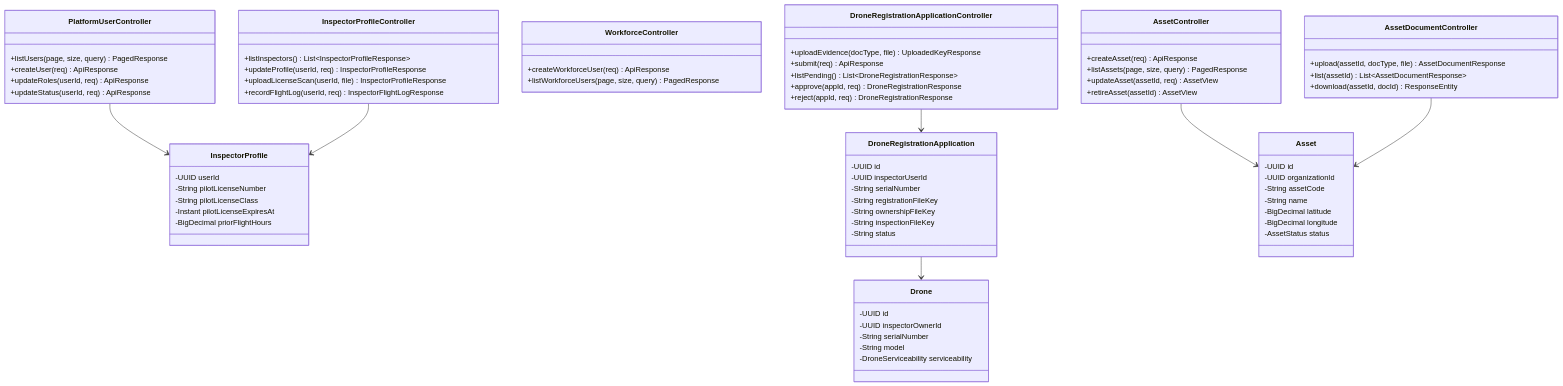
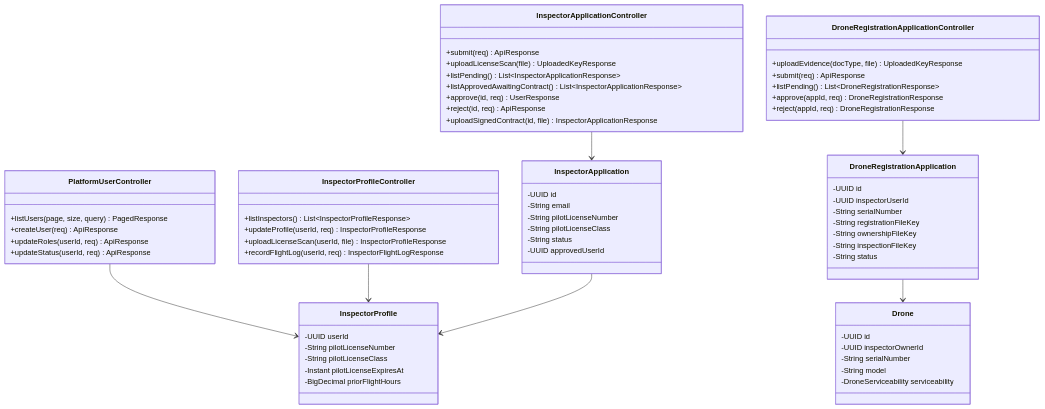
One commit to tungbach12/SmartDroneInspection-Docs changed the fourth of 21 diagrams in reports/report-4-software-design-document/03-detailed-design.md. Above: the diagram before and after it, drawn with Mermaid. The commit also changed other lines of this file and 375 other files, not shown here.

````diff
--- a/reports/report-4-software-design-document/03-detailed-design.md
+++ b/reports/report-4-software-design-document/03-detailed-design.md
@@ -186,76 +185,69 @@
 ```mermaid
-%% title: FE-02 Partner Qualification, Workforce, Assets and Drone Registration Class Diagram
+%% title: FE-02 Partner Inspector Admission and Owned Drone Registration Class Diagram
 classDiagram
   class PlatformUserController {
     +listUsers(page, size, query) PagedResponse
     +createUser(req) ApiResponse
     +updateRoles(userId, req) ApiResponse
     +updateStatus(userId, req) ApiResponse
   }
   class InspectorProfileController {
     +listInspectors() List~InspectorProfileResponse~
     +updateProfile(userId, req) InspectorProfileResponse
     +uploadLicenseScan(userId, file) InspectorProfileResponse
     +recordFlightLog(userId, req) InspectorFlightLogResponse
   }
-  class WorkforceController {
-    +createWorkforceUser(req) ApiResponse
-    +listWorkforceUsers(page, size, query) PagedResponse
-  }
-  class AssetController {
-    +createAsset(req) ApiResponse
-    +listAssets(page, size, query) PagedResponse
-    +updateAsset(assetId, req) AssetView
-    +retireAsset(assetId) AssetView
-  }
-  class AssetDocumentController {
-    +upload(assetId, docType, file) AssetDocumentResponse
-    +list(assetId) List~AssetDocumentResponse~
-    +download(assetId, docId) ResponseEntity
+  class InspectorApplicationController {
+    +submit(req) ApiResponse
+    +uploadLicenseScan(file) UploadedKeyResponse
+    +listPending() List~InspectorApplicationResponse~
+    +listApprovedAwaitingContract() List~InspectorApplicationResponse~
+    +approve(id, req) UserResponse
+    +reject(id, req) ApiResponse
+    +uploadSignedContract(id, file) InspectorApplicationResponse
   }
   class DroneRegistrationApplicationController {
     +uploadEvidence(docType, file) UploadedKeyResponse
     +submit(req) ApiResponse
     +listPending() List~DroneRegistrationResponse~
     +approve(appId, req) DroneRegistrationResponse
     +reject(appId, req) DroneRegistrationResponse
   }
   class InspectorProfile {
     -UUID userId
     -String pilotLicenseNumber
     -String pilotLicenseClass
     -Instant pilotLicenseExpiresAt
     -BigDecimal priorFlightHours
+  }
+  class InspectorApplication {
+    -UUID id
+    -String email
+    -String pilotLicenseNumber
+    -String pilotLicenseClass
+    -String status
+    -UUID approvedUserId
   }
   class DroneRegistrationApplication {
     -UUID id
     -UUID inspectorUserId
     -String serialNumber
     -String registrationFileKey
     -String ownershipFileKey
     -String inspectionFileKey
     -String status
   }
   class Drone {
     -UUID id
     -UUID inspectorOwnerId
     -String serialNumber
     -String model
     -DroneServiceability serviceability
   }
-  class Asset {
-    -UUID id
-    -UUID organizationId
-    -String assetCode
-    -String name
-    -BigDecimal latitude
-    -BigDecimal longitude
-    -AssetStatus status
-  }
   PlatformUserController --> InspectorProfile
   InspectorProfileController --> InspectorProfile
+  InspectorApplicationController --> InspectorApplication
+  InspectorApplication --> InspectorProfile
   DroneRegistrationApplicationController --> DroneRegistrationApplication
   DroneRegistrationApplication --> Drone
-  AssetController --> Asset
-  AssetDocumentController --> Asset
 ```
````
